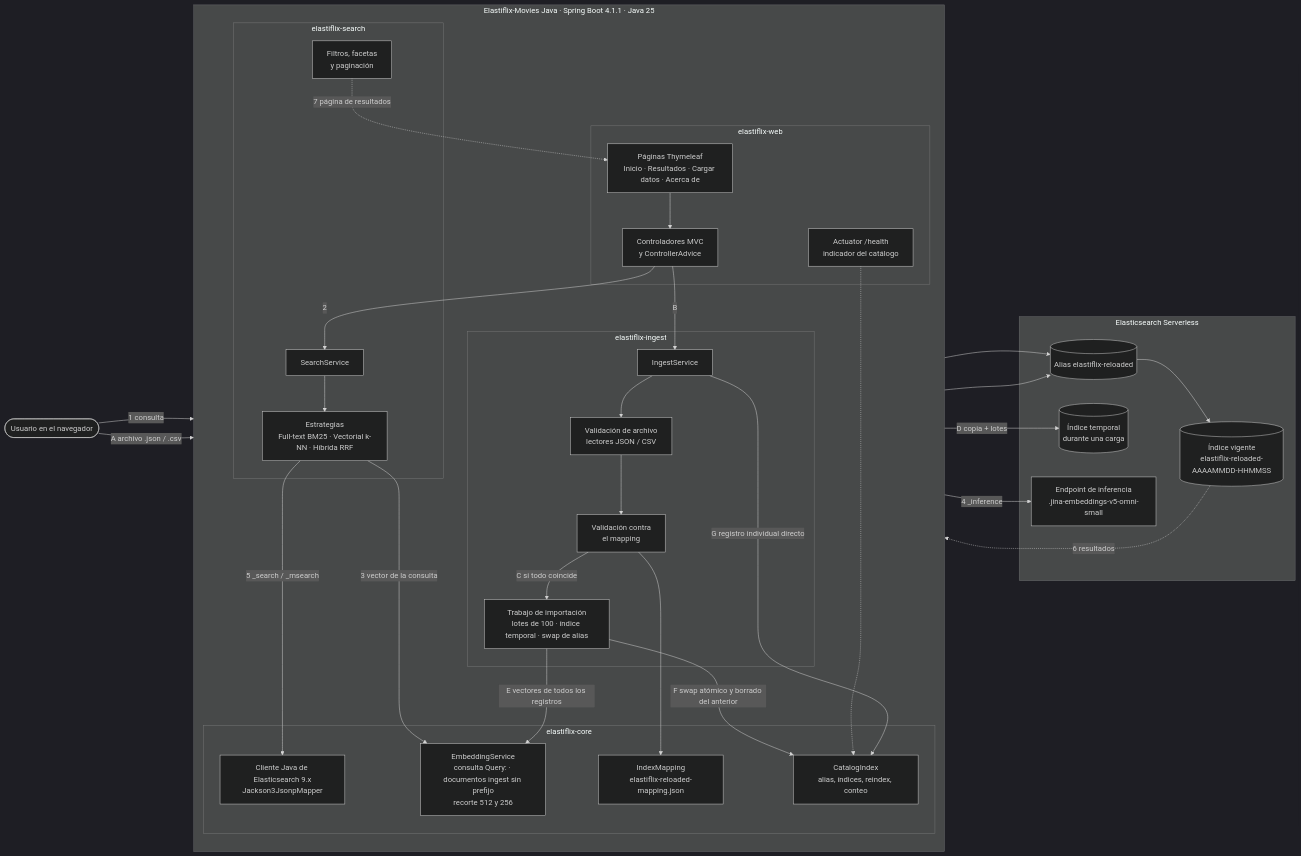
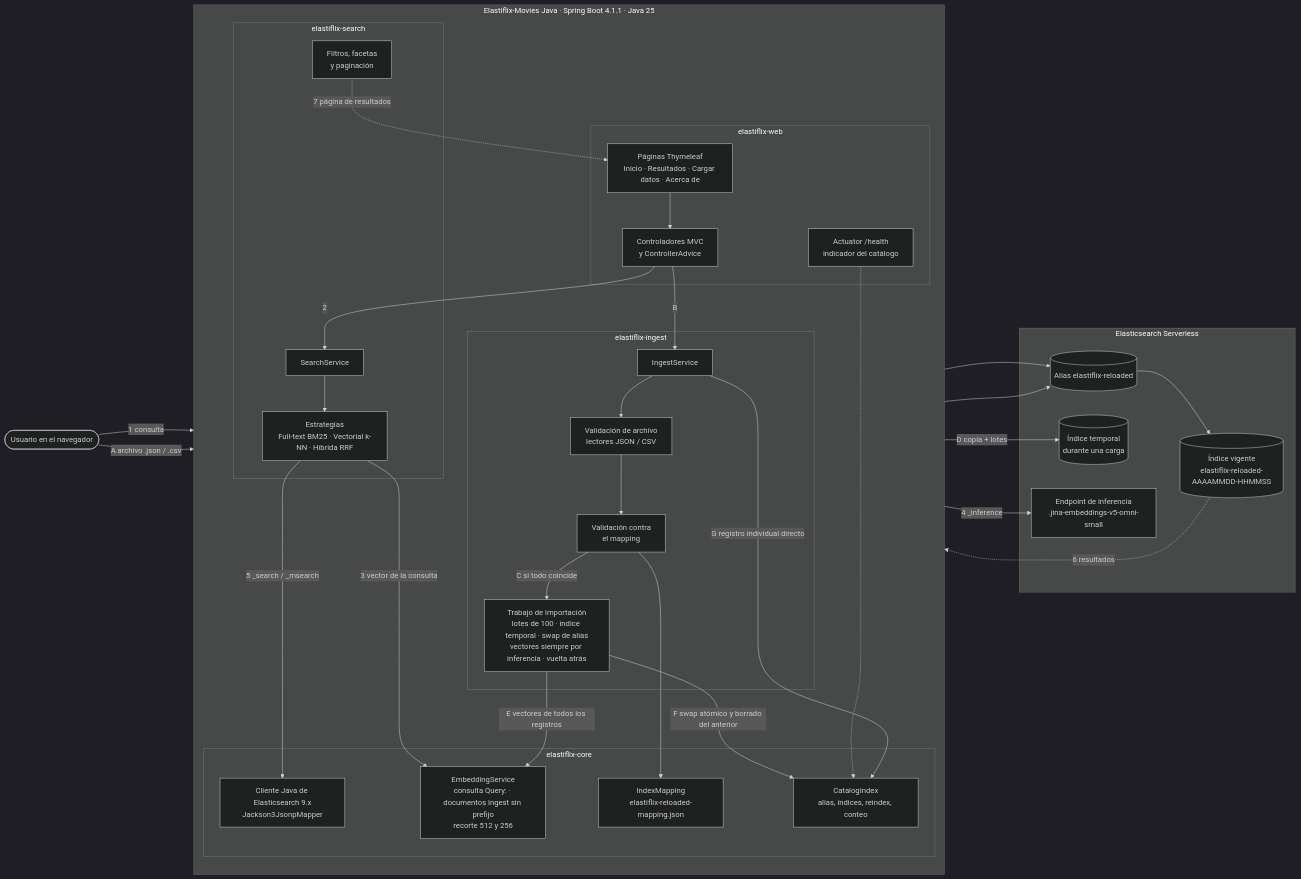
The diagram in docs/arquitectura.mermaid (bigfito/elastiflix-reloaded), drawn with Mermaid (dark theme) before and after one commit. The commit also changed 7 other files, not shown here.

```diff
--- a/docs/arquitectura.mermaid
+++ b/docs/arquitectura.mermaid
@@ -1,59 +1,59 @@
 flowchart LR
   user(["Usuario en el navegador"])
 
   subgraph app["Elastiflix-Movies Java · Spring Boot 4.1.1 · Java 25"]
     direction TB
     subgraph web["elastiflix-web"]
       pages["Páginas Thymeleaf<br/>Inicio · Resultados · Cargar datos · Acerca de"]
       ctrl["Controladores MVC<br/>y ControllerAdvice"]
       health["Actuator /health<br/>indicador del catálogo"]
     end
     subgraph search["elastiflix-search"]
       facade_s["SearchService"]
       strat["Estrategias<br/>Full-text BM25 · Vectorial k-NN · Híbrida RRF"]
       facets["Filtros, facetas<br/>y paginación"]
     end
     subgraph ingest["elastiflix-ingest"]
       facade_i["IngestService"]
       readers["Validación de archivo<br/>lectores JSON / CSV"]
       validator["Validación contra<br/>el mapping"]
-      job["Trabajo de importación<br/>lotes de 100 · índice temporal · swap de alias"]
+      job["Trabajo de importación<br/>lotes de 100 · índice temporal · swap de alias<br/>vectores siempre por inferencia · vuelta atrás"]
     end
     subgraph core["elastiflix-core"]
       client["Cliente Java de Elasticsearch 9.x<br/>Jackson3JsonpMapper"]
       catalog["CatalogIndex<br/>alias, índices, reindex, conteo"]
       emb["EmbeddingService<br/>consulta Query: · documentos ingest sin prefijo<br/>recorte 512 y 256"]
       mapping["IndexMapping<br/>elastiflix-reloaded-mapping.json"]
     end
   end
 
   subgraph es["Elasticsearch Serverless"]
     alias[("Alias elastiflix-reloaded")]
     idx[("Índice vigente<br/>elastiflix-reloaded-AAAAMMDD-HHMMSS")]
     tmp[("Índice temporal<br/>durante una carga")]
     inf["Endpoint de inferencia<br/>.jina-embeddings-v5-omni-small"]
   end
 
   user -->|"1 consulta"| pages
   pages --> ctrl
   ctrl -->|"2"| facade_s
   facade_s --> strat
   strat -->|"3 vector de la consulta"| emb
   emb -->|"4 _inference"| inf
   strat -->|"5 _search / _msearch"| client
   client --> alias
   alias --> idx
   idx -.->|"6 resultados"| facets
   facets -.->|"7 página de resultados"| pages
 
   user -->|"A archivo .json / .csv"| pages
   ctrl -->|"B"| facade_i
   facade_i --> readers --> validator
   validator --> mapping
   validator -->|"C si todo coincide"| job
   job -->|"D copia + lotes"| tmp
   job -->|"E vectores de todos los registros"| emb
   job -->|"F swap atómico y borrado del anterior"| catalog
   catalog --> alias
   health -.-> catalog
   facade_i -->|"G registro individual directo"| catalog
```
